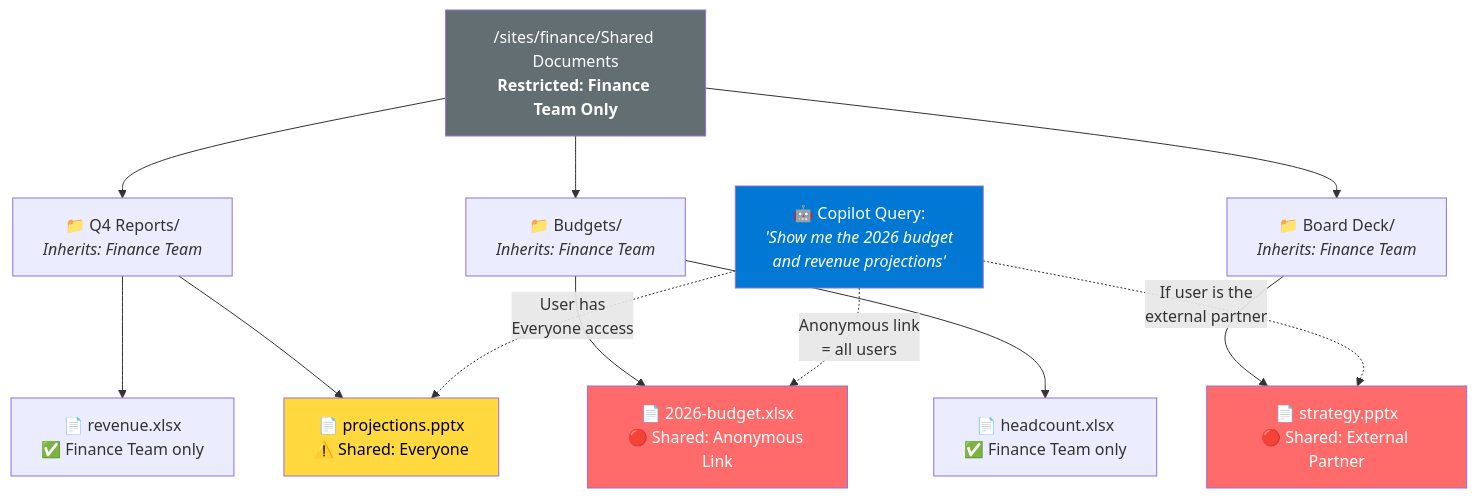
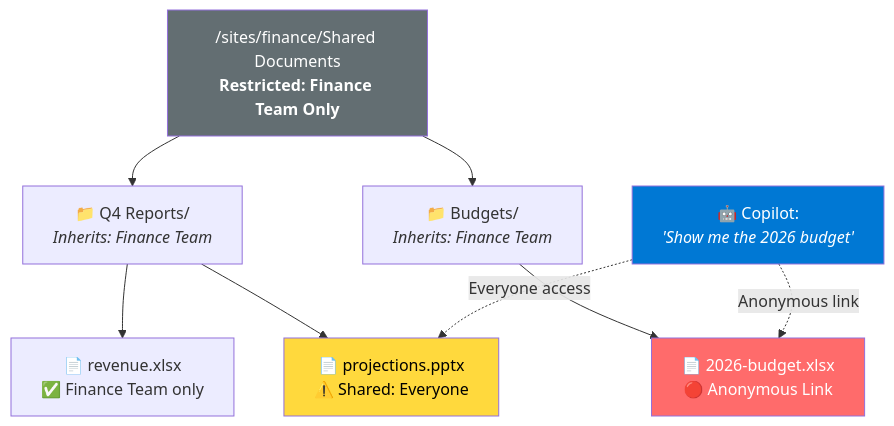
Before and after one commit to growtika/secure-microsoft-copilot-with-reco: the first of 2 diagrams in README.md, drawn with Mermaid. The commit also changed other lines of this file and 16 other files, not shown here.

````diff
--- a/README.md
+++ b/README.md
@@ -113,27 +33,21 @@
 ```mermaid
 graph TD
     ROOT["/sites/finance/Shared Documents"<br/><b>Restricted: Finance Team Only</b>] --> F1
     ROOT --> F2
-    ROOT --> F3
 
     F1["📁 Q4 Reports/<br/><i>Inherits: Finance Team</i>"]
     F2["📁 Budgets/<br/><i>Inherits: Finance Team</i>"]
-    F3["📁 Board Deck/<br/><i>Inherits: Finance Team</i>"]
 
     F1 --> D1["📄 revenue.xlsx<br/>✅ Finance Team only"]
     F1 --> D2["📄 projections.pptx<br/>⚠️ Shared: Everyone"]
-    F2 --> D3["📄 2026-budget.xlsx<br/>🔴 Shared: Anonymous Link"]
-    F2 --> D4["📄 headcount.xlsx<br/>✅ Finance Team only"]
-    F3 --> D5["📄 strategy.pptx<br/>🔴 Shared: External Partner"]
+    F2 --> D3["📄 2026-budget.xlsx<br/>🔴 Anonymous Link"]
 
-    CP[🤖 Copilot Query:<br/><i>'Show me the 2026 budget<br/>and revenue projections'</i>]
-    CP -.->|User has<br/>Everyone access| D2
-    CP -.->|Anonymous link<br/>= all users| D3
-    CP -.->|If user is the<br/>external partner| D5
+    CP[🤖 Copilot:<br/><i>'Show me the 2026 budget'</i>]
+    CP -.->|Everyone access| D2
+    CP -.->|Anonymous link| D3
 
     style D2 fill:#ffd93d,color:#000
     style D3 fill:#ff6b6b,color:#fff
-    style D5 fill:#ff6b6b,color:#fff
     style CP fill:#0078d4,color:#fff
     style ROOT fill:#636e72,color:#fff
 ```
````
